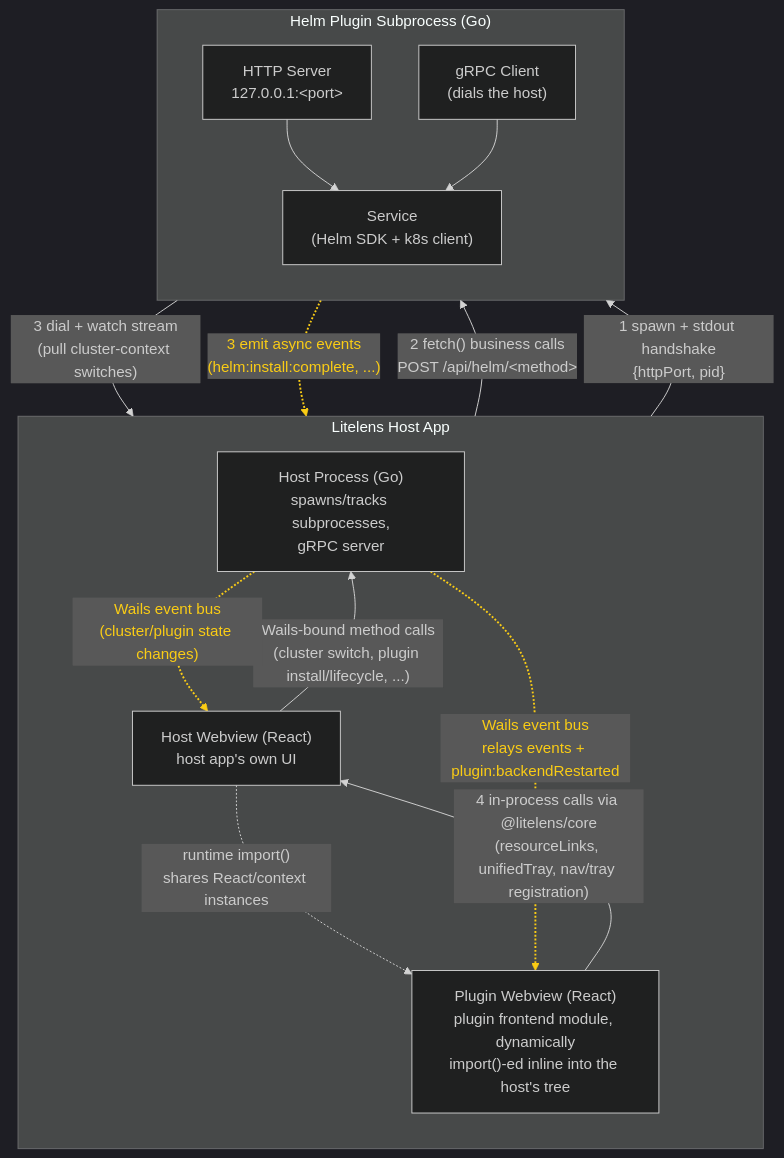
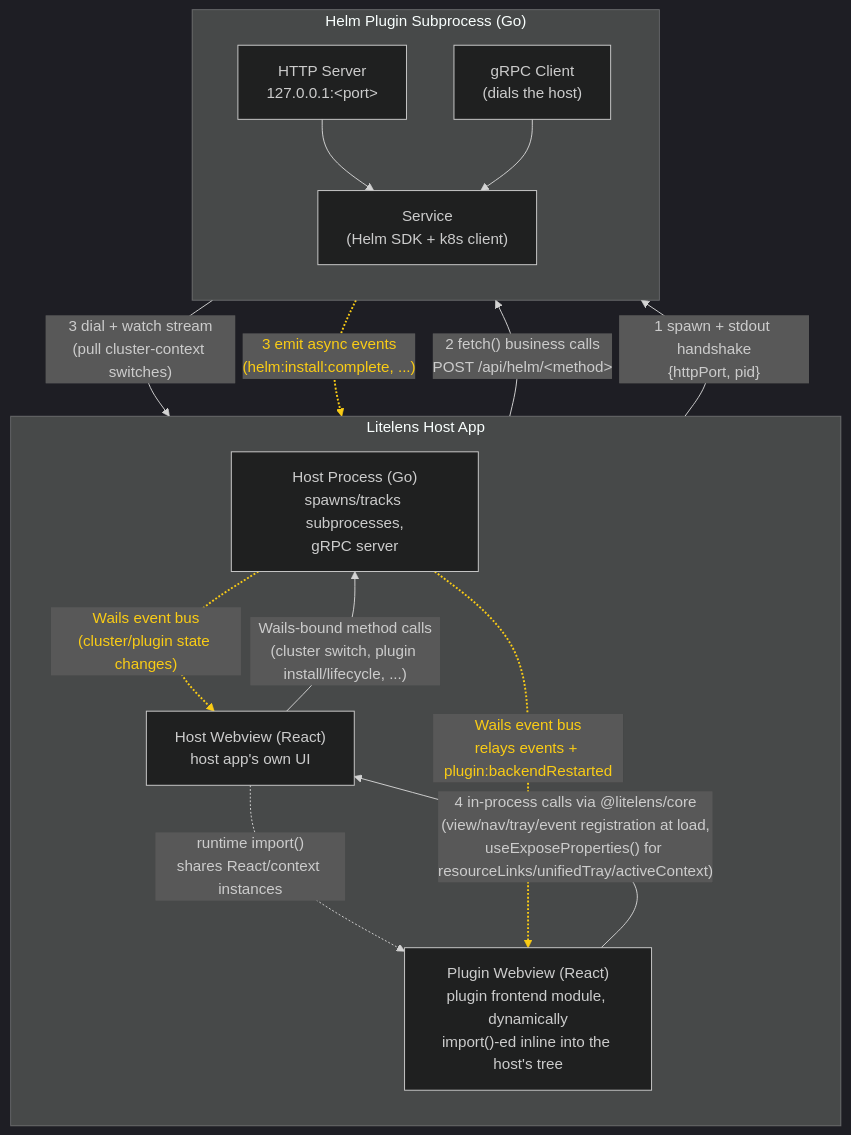
Before and after one commit to litelensapp/litelens-plugins: the diagram in docs/architecture/architecture-dark.mmd, drawn with Mermaid. The commit also changed 5 other files, not shown here.

```diff
--- a/docs/architecture/architecture-dark.mmd
+++ b/docs/architecture/architecture-dark.mmd
@@ -1,29 +1,29 @@
 %%{init: {"theme": "dark"}}%%
 flowchart TB
     subgraph HOST["Litelens Host App"]
         direction TB
         HP["Host Process (Go)<br/>spawns/tracks subprocesses,<br/>gRPC server"]
         HW["Host Webview (React)<br/>host app's own UI"]
         PW["Plugin Webview (React)<br/>plugin frontend module, dynamically<br/>import()-ed inline into the host's tree"]
         HW -. "runtime import()<br/>shares React/context instances" .-> PW
-        PW -- "4 in-process calls via @litelens/core<br/>(resourceLinks, unifiedTray, nav/tray registration)" --> HW
+        PW -- "4 in-process calls via @litelens/core<br/>(view/nav/tray/event registration at load,<br/>useExposeProperties() for resourceLinks/unifiedTray/activeContext)" --> HW
     end
 
     subgraph PLUGIN["Helm Plugin Subprocess (Go)"]
         direction TB
         PH["HTTP Server<br/>127.0.0.1:&lt;port&gt;"]
         PG["gRPC Client<br/>(dials the host)"]
         PS["Service<br/>(Helm SDK + k8s client)"]
         PH --> PS
         PG --> PS
     end
 
     HW -- "Wails-bound method calls<br/>(cluster switch, plugin install/lifecycle, ...)" --> HP
     HP -. "Wails event bus<br/>(cluster/plugin state changes)" .-> HW
     HP -- "1 spawn + stdout handshake<br/>{httpPort, pid}" --> PLUGIN
     PW -- "2 fetch() business calls<br/>POST /api/helm/&lt;method&gt;" --> PH
     PG -- "3 dial + watch stream<br/>(pull cluster-context switches)" --> HP
     PG -. "3 emit async events<br/>(helm:install:complete, ...)" .-> HP
     HP -. "Wails event bus<br/>relays events + plugin:backendRestarted" .-> PW
 
     linkStyle 5,9,10 stroke:#facc15,stroke-width:2px,color:#facc15
```
